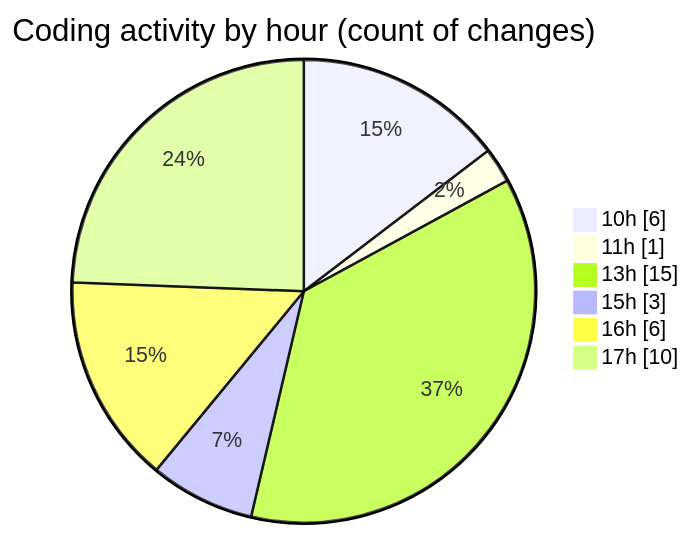
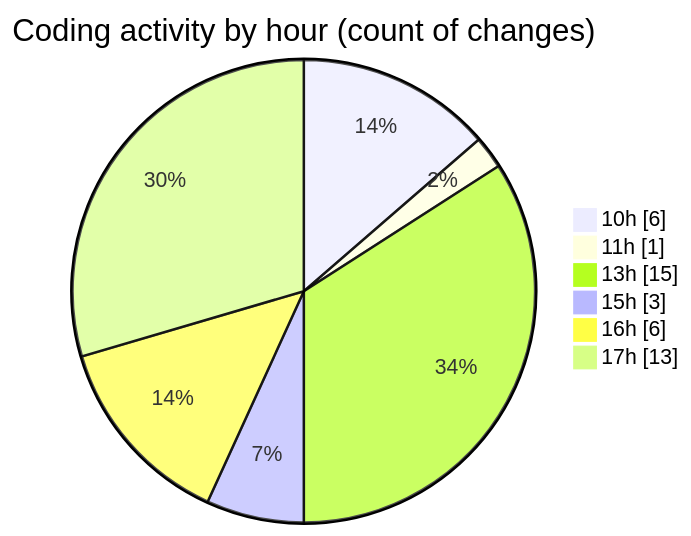
The second of 2 diagrams in 2026-03-13/nxtqube_webapp/README.md (nxtqubesakshisongat/code-tracking), drawn with Mermaid before and after one commit. The commit also changed other lines of this file and 1 other file, not shown here.

````diff
--- a/2026-03-13/nxtqube_webapp/README.md
+++ b/2026-03-13/nxtqube_webapp/README.md
@@ -33,10 +33,10 @@
 ```mermaid
 pie showData
 title Coding activity by hour (count of changes)
 "10h" : 6
 "11h" : 1
 "13h" : 15
 "15h" : 3
 "16h" : 6
-"17h" : 10
+"17h" : 13
 ```
````
